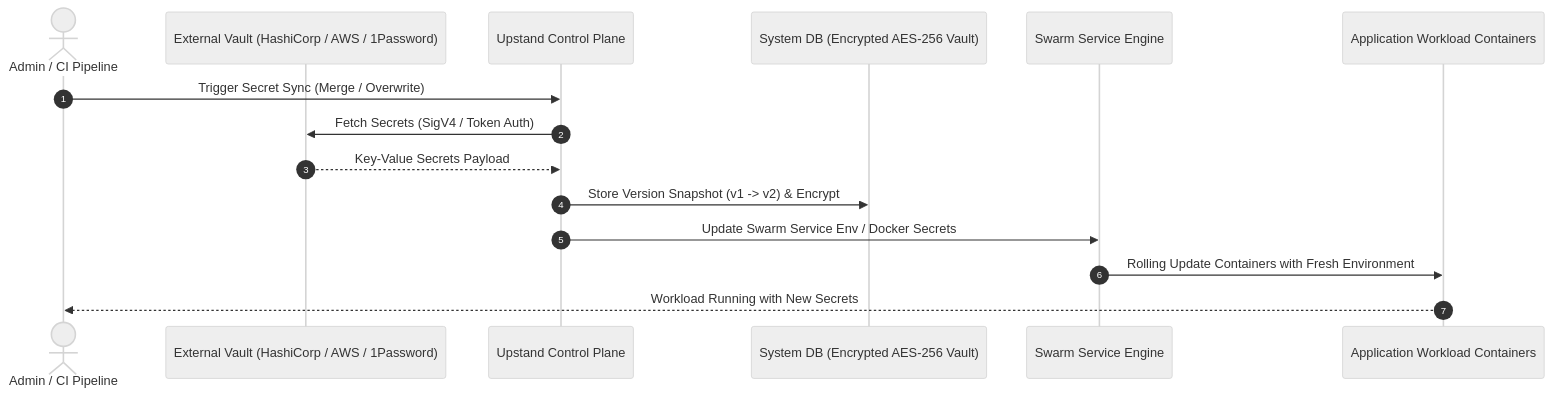
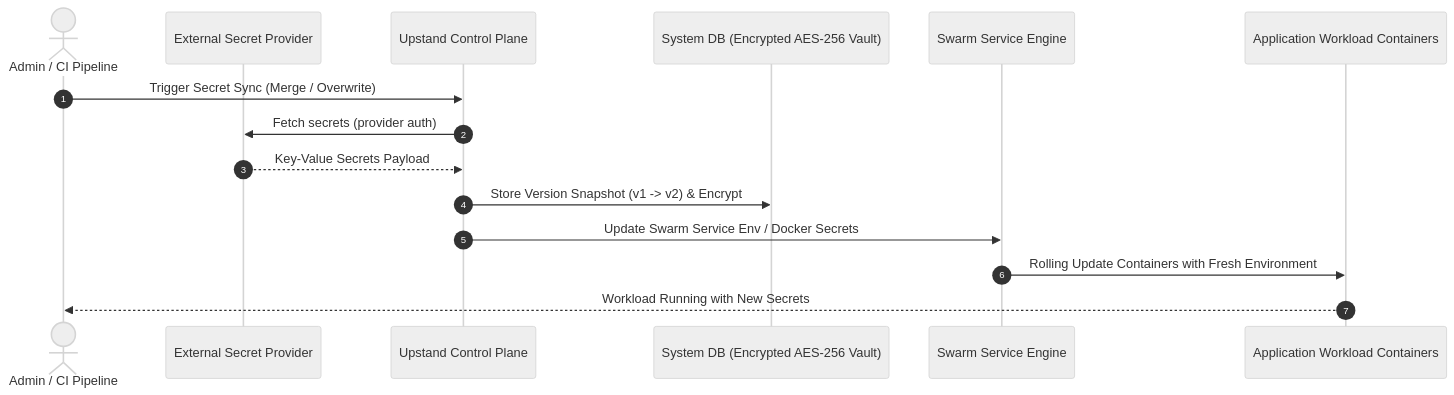
Before and after one commit to UpstandPlatform/upstand: the first of 2 diagrams in apps/fumadocs/content/docs/features/secrets-and-scaling.mdx, drawn with Mermaid (neutral theme). The commit also changed other lines of this file and 37 other files, not shown here.

````diff
--- a/apps/fumadocs/content/docs/features/secrets-and-scaling.mdx
+++ b/apps/fumadocs/content/docs/features/secrets-and-scaling.mdx
@@ -17,18 +17,18 @@
 ```mermaid
 sequenceDiagram
     autonumber
     actor Admin as Admin / CI Pipeline
-    participant Vault as External Vault (HashiCorp / AWS / 1Password)
+    participant Vault as External Secret Provider
     participant API as Upstand Control Plane
     participant DB as System DB (Encrypted AES-256 Vault)
     participant Swarm as Swarm Service Engine
     participant App as Application Workload Containers
 
     Admin->>API: Trigger Secret Sync (Merge / Overwrite)
-    API->>Vault: Fetch Secrets (SigV4 / Token Auth)
+    API->>Vault: Fetch secrets (provider auth)
     Vault-->>API: Key-Value Secrets Payload
     API->>DB: Store Version Snapshot (v1 -> v2) & Encrypt
     API->>Swarm: Update Swarm Service Env / Docker Secrets
     Swarm->>App: Rolling Update Containers with Fresh Environment
     App-->>Admin: Workload Running with New Secrets
 ```
````
